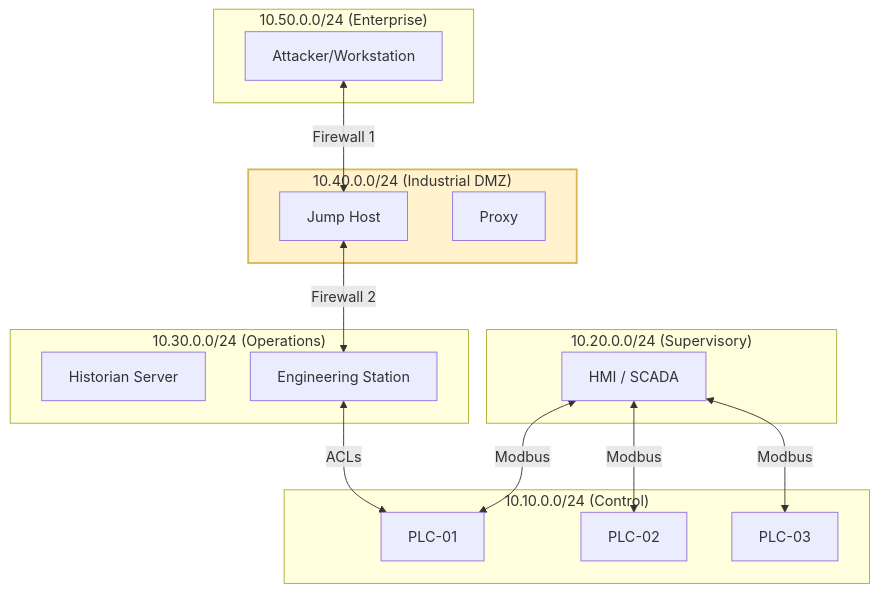
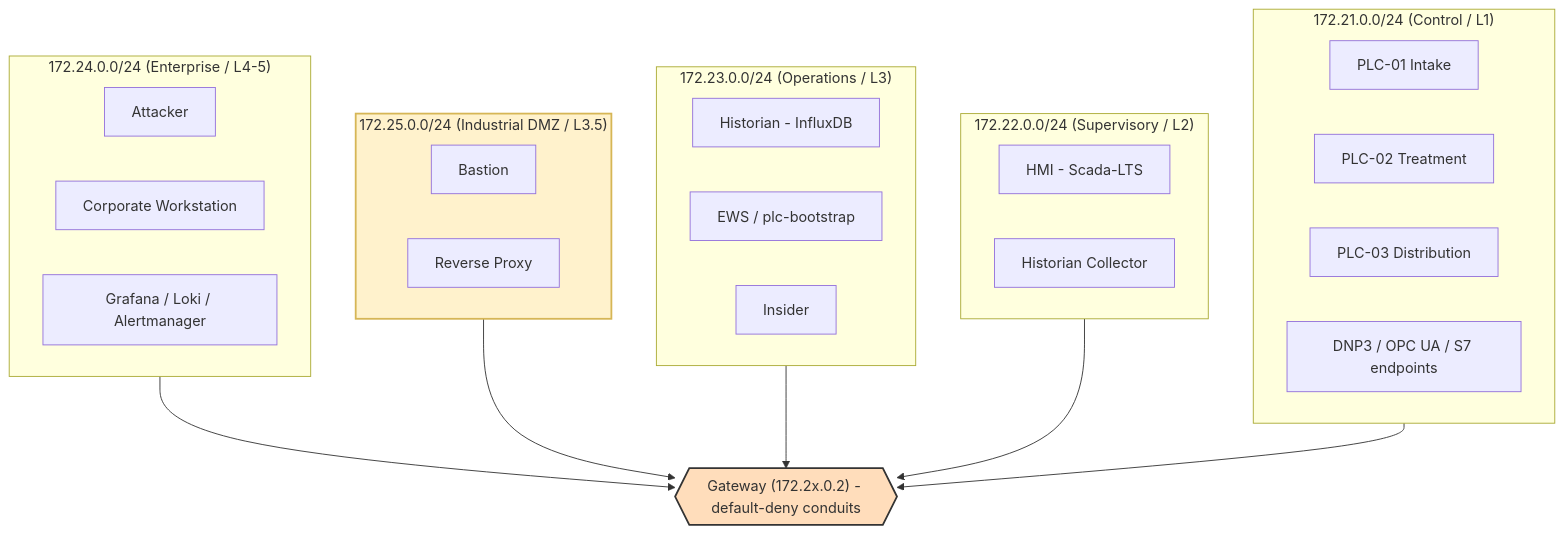
The diagram in architecture/network-design.md (LiamCarPer/OT-Security-Lab), drawn with Mermaid before and after one commit. The commit also changed other lines of this file, not shown here.

Commit message:
docs(arch): correct network-design to the deployed 172.x schema
The document described a stale 10.x 'target' design. It now reflects the
deployed five-network schema (Enterprise/DMZ/Ops/Supervisory/Control), the real
assets (gateway, reverse proxy, bastion, collector, endpoints), and the single
default-deny gateway with source-restricted conduits.

````diff
--- a/architecture/network-design.md
+++ b/architecture/network-design.md
@@ -7,37 +13,42 @@
 ```mermaid
 graph TD
-    subgraph Enterprise_Net ["10.50.0.0/24 (Enterprise)"]
-        A[Attacker/Workstation]
+    subgraph Enterprise ["172.24.0.0/24 (Enterprise / L4-5)"]
+        A[Attacker]
+        W[Corporate Workstation]
+        SIEM[Grafana / Loki / Alertmanager]
     end
 
-    subgraph IDMZ_Net ["10.40.0.0/24 (Industrial DMZ)"]
-        JH[Jump Host]
-        RP[Proxy]
+    subgraph DMZ ["172.25.0.0/24 (Industrial DMZ / L3.5)"]
+        JH[Bastion]
+        RP[Reverse Proxy]
     end
 
-    subgraph Operations_Net ["10.30.0.0/24 (Operations)"]
-        C[Historian Server]
-        D[Engineering Station]
+    subgraph Ops ["172.23.0.0/24 (Operations / L3)"]
+        C[Historian - InfluxDB]
+        D[EWS / plc-bootstrap]
+        I[Insider]
     end
 
-    subgraph Supervisory_Net ["10.20.0.0/24 (Supervisory)"]
-        E[HMI / SCADA]
+    subgraph Supervisory ["172.22.0.0/24 (Supervisory / L2)"]
+        E[HMI - Scada-LTS]
+        P[Historian Collector]
     end
 
-    subgraph Control_Net ["10.10.0.0/24 (Control)"]
-        F1[PLC-01]
-        F2[PLC-02]
-        F3[PLC-03]
+    subgraph Control ["172.21.0.0/24 (Control / L1)"]
+        F1[PLC-01 Intake]
+        F2[PLC-02 Treatment]
+        F3[PLC-03 Distribution]
+        EP[DNP3 / OPC UA / S7 endpoints]
     end
 
-    %% Routing Flow
-    A <-->|Firewall 1| JH
-    JH <-->|Firewall 2| D
-    D <-->|ACLs| F1
-    E <-->|Modbus| F1
-    E <-->|Modbus| F2
-    E <-->|Modbus| F3
+    GW{{"Gateway (172.2x.0.2) - default-deny conduits"}}
 
-    %% Styling
-    style IDMZ_Net fill:#fff2cc,stroke:#d6b656,stroke-width:2px
+    Enterprise --> GW
+    DMZ --> GW
+    Ops --> GW
+    Supervisory --> GW
+    Control --> GW
+
+    style DMZ fill:#fff2cc,stroke:#d6b656,stroke-width:2px
+    style GW fill:#fdb,stroke:#333,stroke-width:2px
 ```
````
